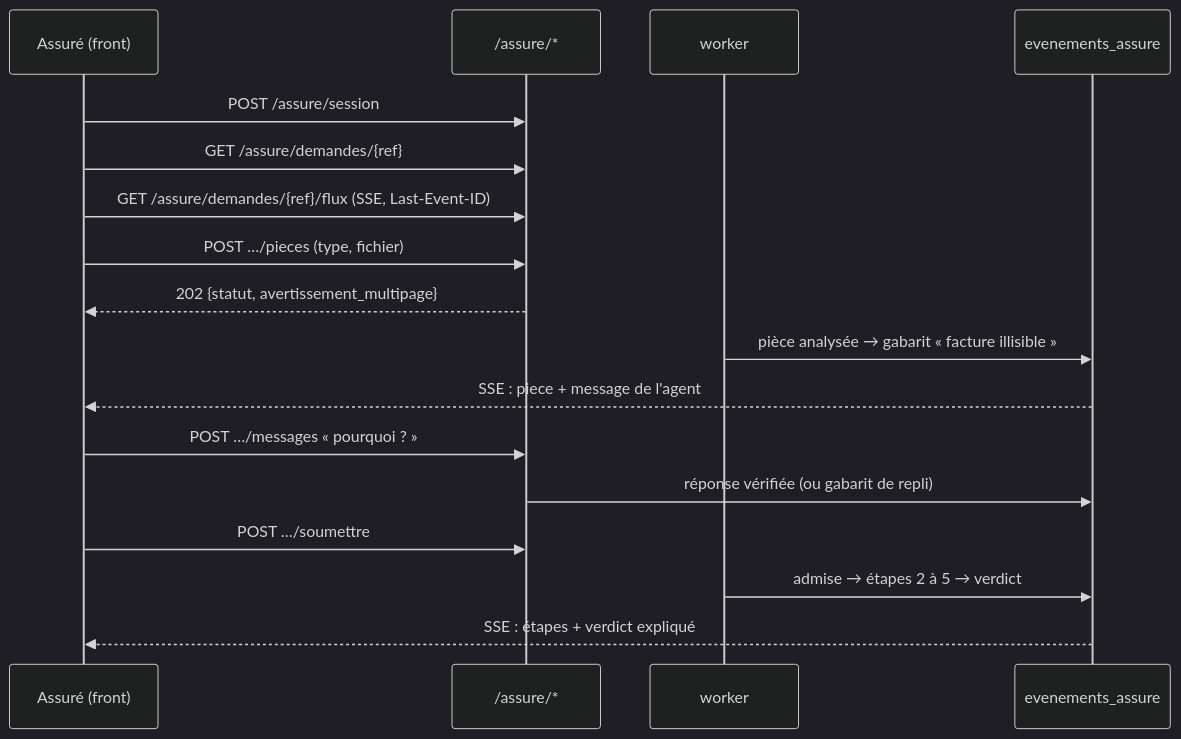
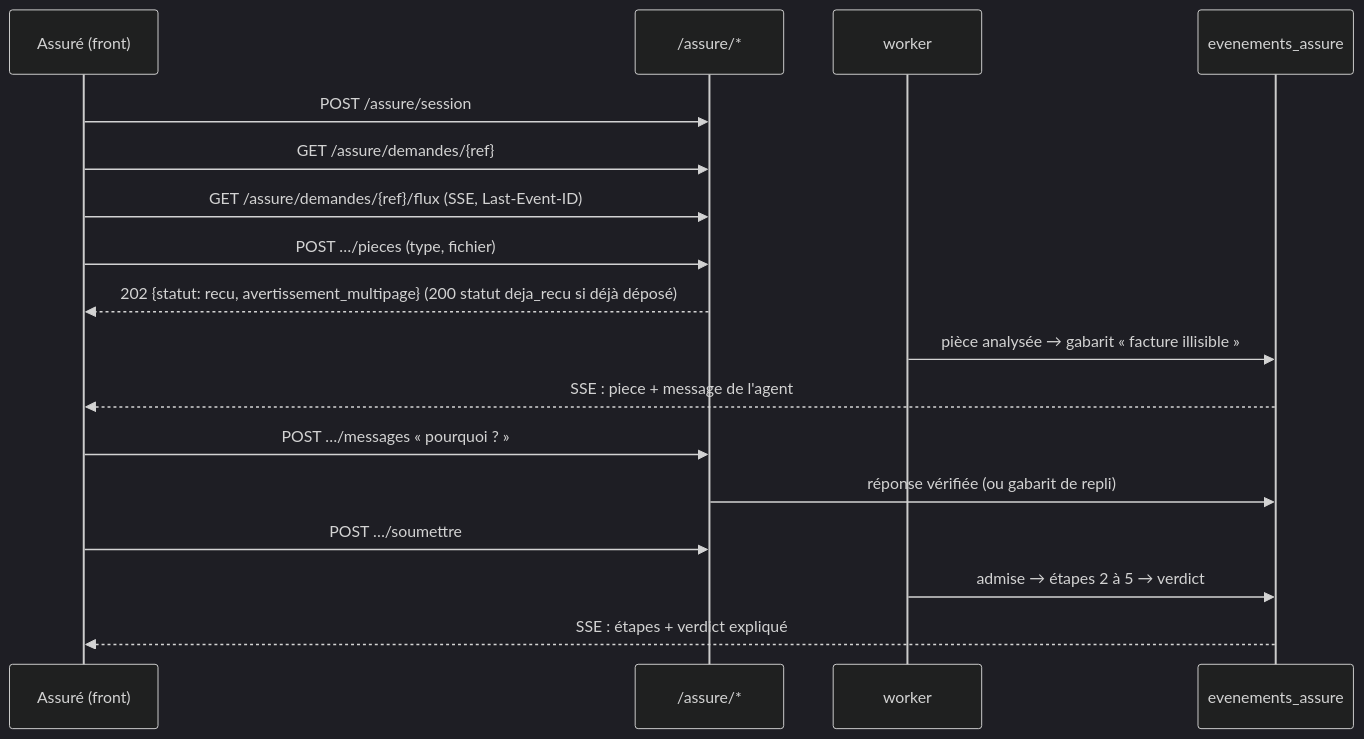
Before and after one commit to acerolaz/kaldera-bout-en-bout: the second of 2 diagrams in docs/interface_web.md, drawn with Mermaid (dark theme). The commit also changed other lines of this file and 6 other files, not shown here.

````diff
--- a/docs/interface_web.md
+++ b/docs/interface_web.md
@@ -49,19 +49,19 @@
 ```mermaid
 sequenceDiagram
     participant A as Assuré (front)
     participant API as /assure/*
     participant W as worker
     participant EV as evenements_assure
     A->>API: POST /assure/session
     A->>API: GET /assure/demandes/{ref}
     A->>API: GET /assure/demandes/{ref}/flux (SSE, Last-Event-ID)
     A->>API: POST …/pieces (type, fichier)
-    API-->>A: 202 {statut, avertissement_multipage}
+    API-->>A: 202 {statut: recu, avertissement_multipage} (200 statut deja_recu si déjà déposé)
     W->>EV: pièce analysée → gabarit « facture illisible »
     EV-->>A: SSE : piece + message de l'agent
     A->>API: POST …/messages « pourquoi ? »
     API->>EV: réponse vérifiée (ou gabarit de repli)
     A->>API: POST …/soumettre
     W->>EV: admise → étapes 2 à 5 → verdict
     EV-->>A: SSE : étapes + verdict expliqué
 ```
````
